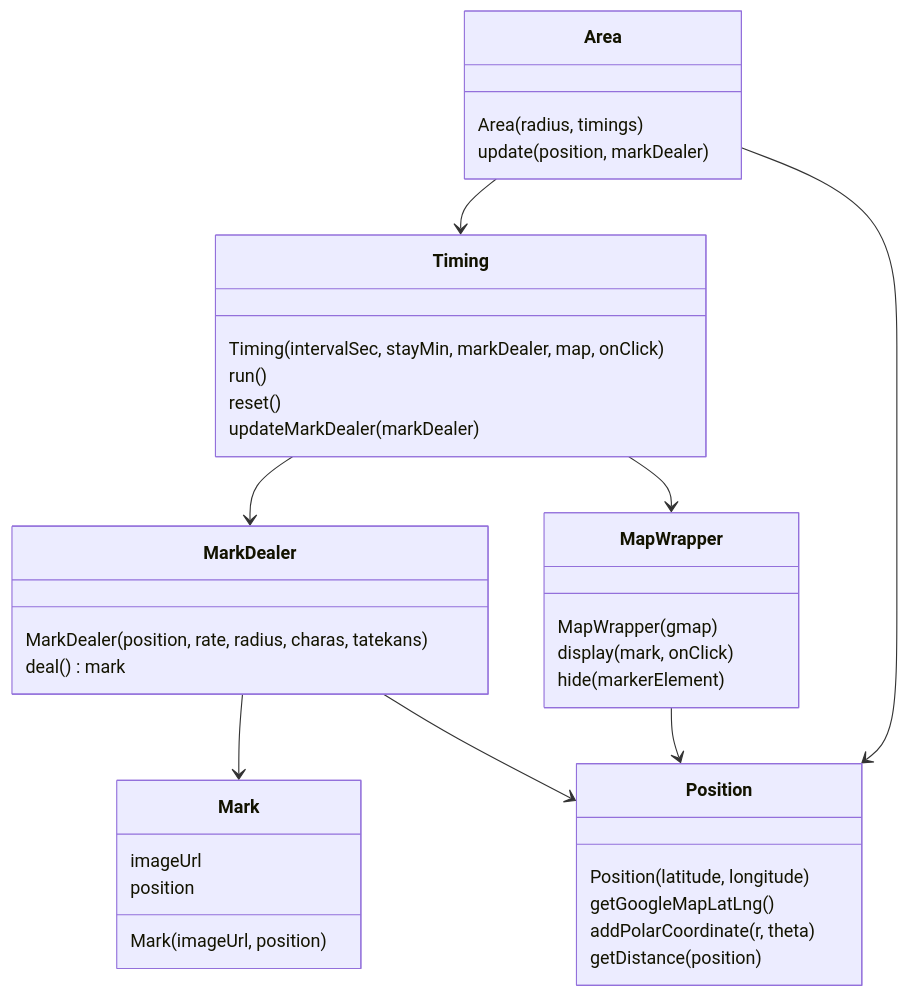
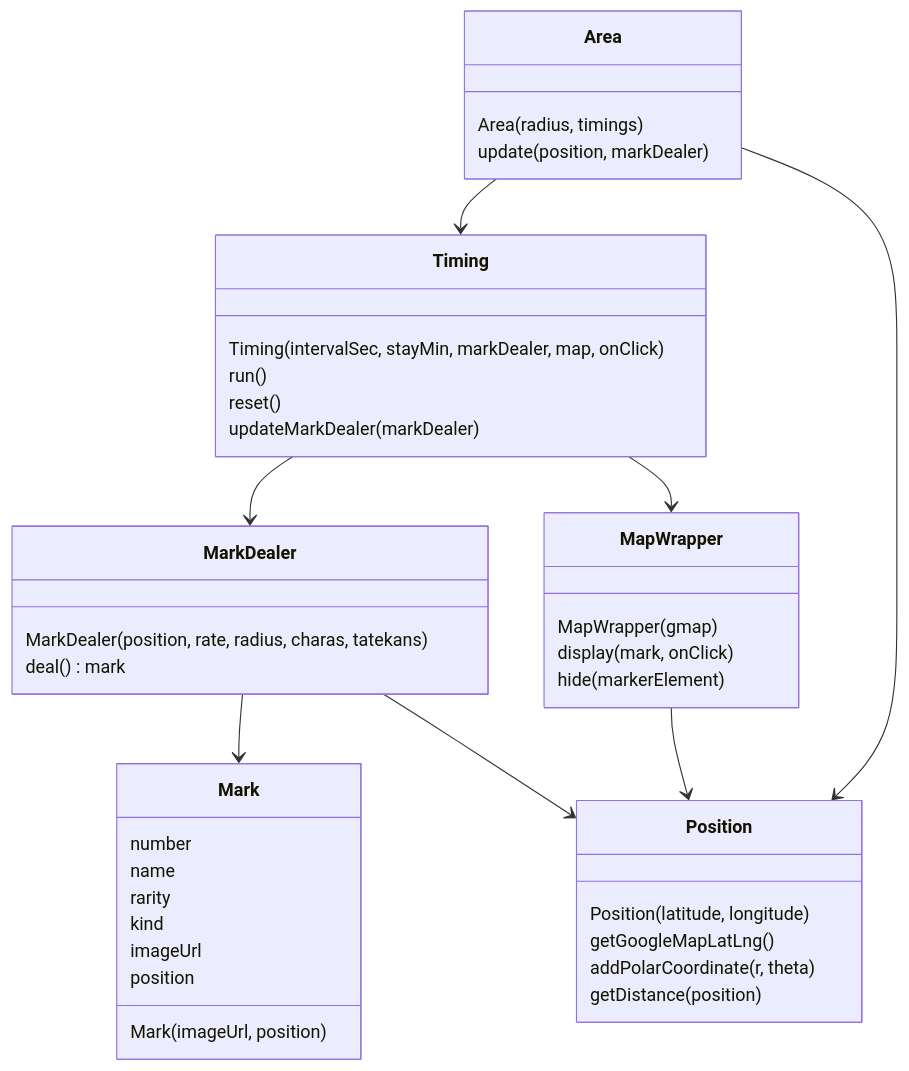
Before and after one commit to A01218/KyodaiGo: the diagram in README.md, drawn with Mermaid. The commit also changed 10 other files, not shown here.

````diff
--- a/README.md
+++ b/README.md
@@ -5,41 +5,45 @@
 ```mermaid
 classDiagram
   MarkDealer --> Mark
   MarkDealer --> Position
   MapWrapper --> Position
   Timing --> MarkDealer
   Timing --> MapWrapper
   Area --> Timing
   Area --> Position
   
   class Mark {
     Mark(imageUrl, position)
+    number
+    name
+    rarity
+    kind
     imageUrl
     position
   }
   class MarkDealer {
     MarkDealer(position, rate, radius, charas, tatekans)
     deal() mark
   }
   class MapWrapper {
     MapWrapper(gmap)
     display(mark, onClick)
     hide(markerElement)
   }
   class Position {
     Position(latitude, longitude)
     getGoogleMapLatLng()
     addPolarCoordinate(r, theta)
     getDistance(position)
   }
   class Timing {
     Timing(intervalSec, stayMin, markDealer, map, onClick)
     run()
     reset()
     updateMarkDealer(markDealer)
   }
   class Area {
     Area(radius, timings)
     update(position, markDealer)
   }
 ```
````
